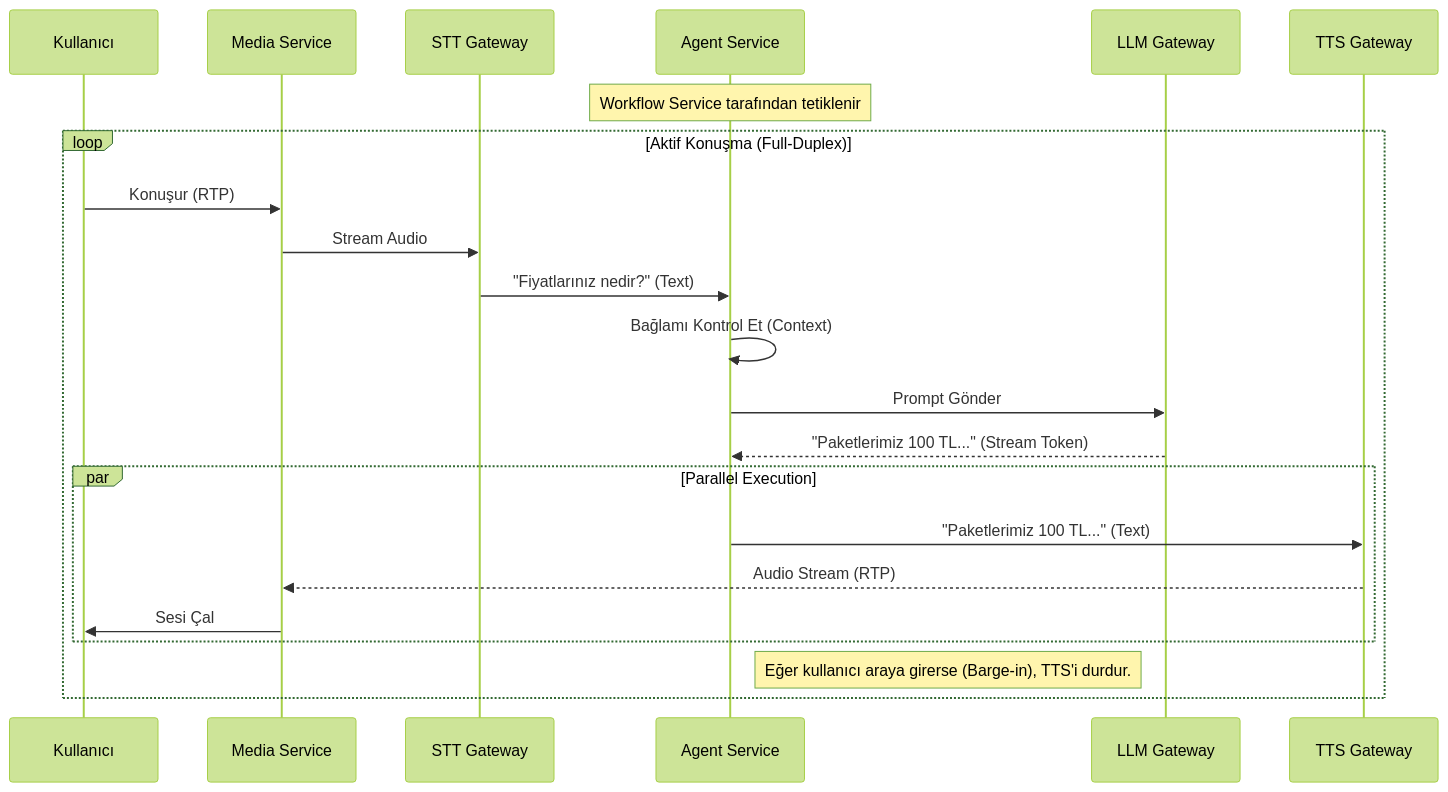
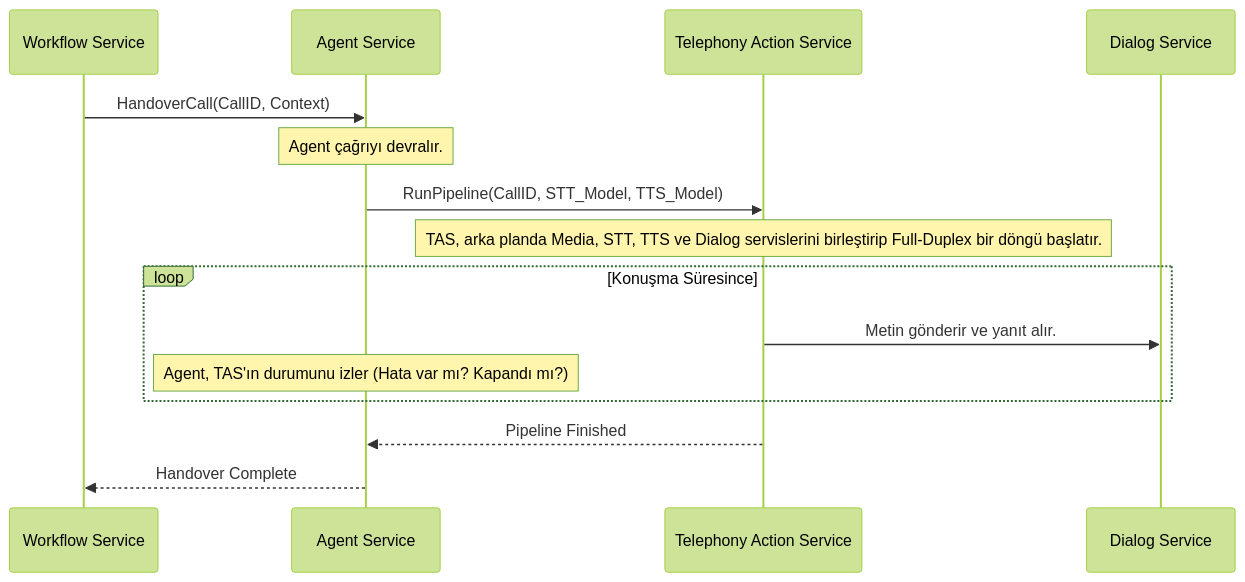
Before and after one commit to sentiric/sentiric-agent-service: the diagram in LOGIC.md, drawn with Mermaid (forest theme). The commit also changed other lines of this file, not shown here.

Commit message:
doc: logic update

````diff
--- a/LOGIC.md
+++ b/LOGIC.md
@@ -9,29 +14,21 @@
 ```mermaid
 sequenceDiagram
-    participant User as Kullanıcı
-    participant Media as Media Service
-    participant STT as STT Gateway
+    participant WF as Workflow Service
     participant Agent as Agent Service
-    participant LLM as LLM Gateway
-    participant TTS as TTS Gateway
-
-    Note over Agent: Workflow Service tarafından tetiklenir
-
-    loop Aktif Konuşma (Full-Duplex)
-        User->>Media: Konuşur (RTP)
-        Media->>STT: Stream Audio
-        STT->>Agent: "Fiyatlarınız nedir?" (Text)
-        
-        Agent->>Agent: Bağlamı Kontrol Et (Context)
-        Agent->>LLM: Prompt Gönder
-        LLM-->>Agent: "Paketlerimiz 100 TL..." (Stream Token)
-        
-        par Parallel Execution
-            Agent->>TTS: "Paketlerimiz 100 TL..." (Text)
-            TTS-->>Media: Audio Stream (RTP)
-            Media->>User: Sesi Çal
-        end
-        
-        Note right of Agent: Eğer kullanıcı araya girerse (Barge-in), TTS'i durdur.
+    participant TAS as Telephony Action Service
+    participant Dialog as Dialog Service
+    
+    WF->>Agent: HandoverCall(CallID, Context)
+    Note over Agent: Agent çağrıyı devralır.
+    
+    Agent->>TAS: RunPipeline(CallID, STT_Model, TTS_Model)
+    Note over TAS: TAS, arka planda Media, STT, TTS ve Dialog servislerini birleştirip Full-Duplex bir döngü başlatır.
+    
+    loop Konuşma Süresince
+        TAS->>Dialog: Metin gönderir ve yanıt alır.
+        Note over Agent: Agent, TAS'ın durumunu izler (Hata var mı? Kapandı mı?)
     end
+    
+    TAS-->>Agent: Pipeline Finished
+    Agent-->>WF: Handover Complete
 ```
````
